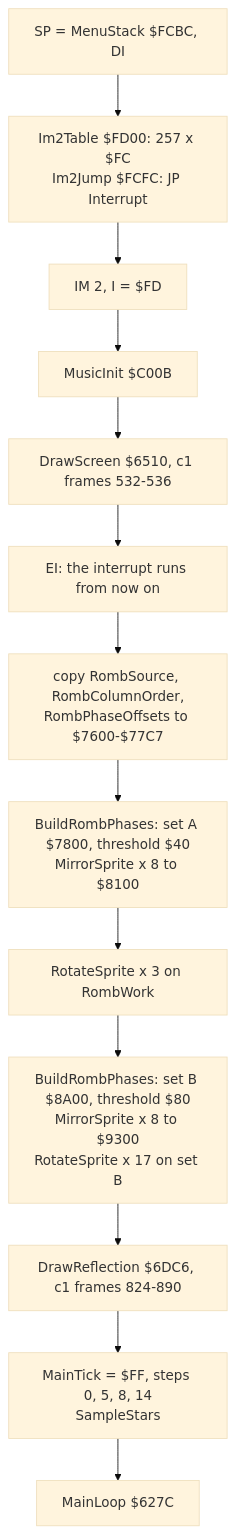
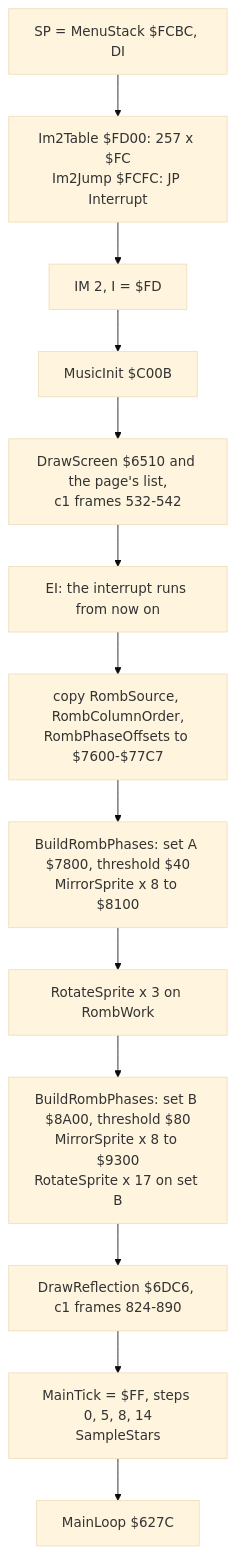
One commit to alfishe/unrealng-reverse-cases changed the second of 4 diagrams in software/zyx-boot/docs/04-program-cycle.md. Above: the diagram before and after it, drawn with Mermaid (base theme). The commit also changed other lines of this file and 30 other files, not shown here.

````diff
--- a/software/zyx-boot/docs/04-program-cycle.md
+++ b/software/zyx-boot/docs/04-program-cycle.md
@@ -136,15 +150,15 @@
 ```mermaid
 flowchart TD
     A["SP = MenuStack $FCBC, DI"] --> B["Im2Table $FD00: 257 x $FC<br/>Im2Jump $FCFC: JP Interrupt"]
     B --> C["IM 2, I = $FD"]
     C --> D["MusicInit $C00B"]
-    D --> E["DrawScreen $6510, c1 frames 532-536"]
+    D --> E["DrawScreen $6510 and the page's list,<br/>c1 frames 532-542"]
     E --> F["EI: the interrupt runs from now on"]
     F --> G["copy RombSource, RombColumnOrder,<br/>RombPhaseOffsets to $7600-$77C7"]
     G --> H["BuildRombPhases: set A $7800, threshold $40<br/>MirrorSprite x 8 to $8100"]
     H --> I["RotateSprite x 3 on RombWork"]
     I --> J["BuildRombPhases: set B $8A00, threshold $80<br/>MirrorSprite x 8 to $9300<br/>RotateSprite x 17 on set B"]
     J --> K["DrawReflection $6DC6, c1 frames 824-890"]
     K --> L["MainTick = $FF, steps 0, 5, 8, 14<br/>SampleStars"]
     L --> M["MainLoop $627C"]
 ```
````
